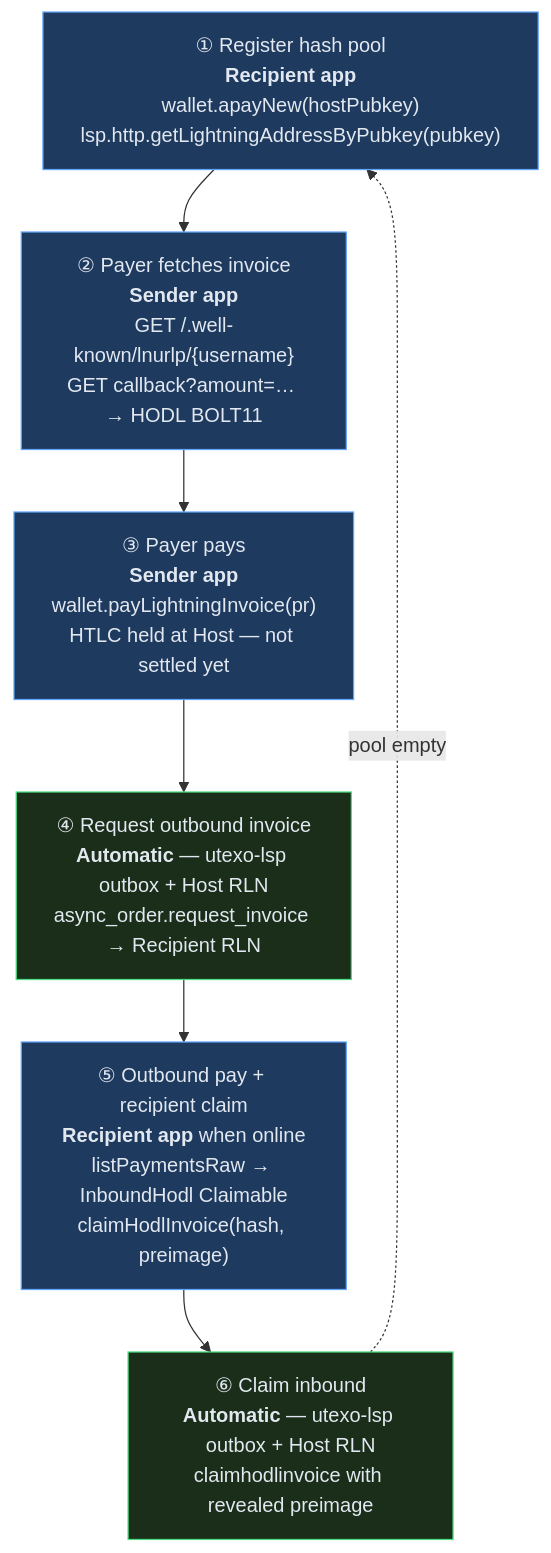
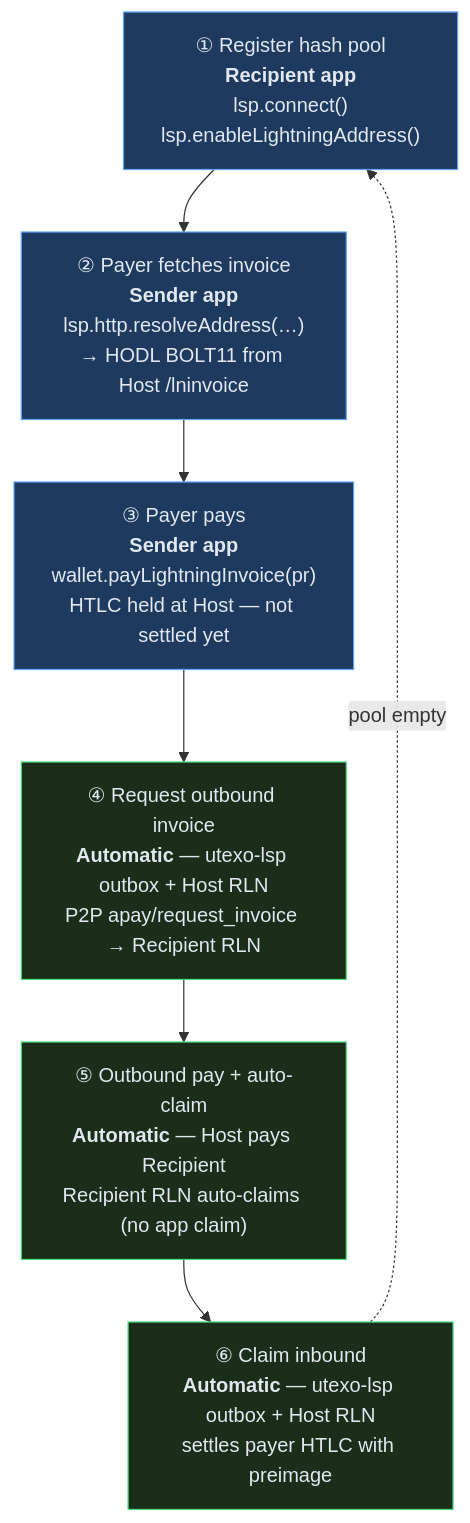
Before and after one commit to UTEXO-Protocol/rgb-sdk-rn: the first of 2 diagrams in docs/async-payments.md, drawn with Mermaid. The commit also changed other lines of this file and 9 other files, not shown here.

Commit message:
feat: enable apay

````diff
--- a/docs/async-payments.md
+++ b/docs/async-payments.md
@@ -22,19 +26,19 @@
 ```mermaid
 flowchart TD
-  S1["① Register hash pool<br/><b>Recipient app</b><br/>wallet.apayNew(hostPubkey)<br/>lsp.http.getLightningAddressByPubkey(pubkey)"]
-  S2["② Payer fetches invoice<br/><b>Sender app</b><br/>GET /.well-known/lnurlp/{username}<br/>GET callback?amount=… → HODL BOLT11"]
+  S1["① Register hash pool<br/><b>Recipient app</b><br/>lsp.connect()<br/>lsp.enableLightningAddress()"]
+  S2["② Payer fetches invoice<br/><b>Sender app</b><br/>lsp.http.resolveAddress(…)<br/>→ HODL BOLT11 from Host /lninvoice"]
   S3["③ Payer pays<br/><b>Sender app</b><br/>wallet.payLightningInvoice(pr)<br/>HTLC held at Host — not settled yet"]
-  S4["④ Request outbound invoice<br/><b>Automatic</b> — utexo-lsp outbox + Host RLN<br/>async_order.request_invoice → Recipient RLN"]
-  S5["⑤ Outbound pay + recipient claim<br/><b>Recipient app</b> when online<br/>listPaymentsRaw → InboundHodl Claimable<br/>claimHodlInvoice(hash, preimage)"]
-  S6["⑥ Claim inbound<br/><b>Automatic</b> — utexo-lsp outbox + Host RLN<br/>claimhodlinvoice with revealed preimage"]
+  S4["④ Request outbound invoice<br/><b>Automatic</b> — utexo-lsp outbox + Host RLN<br/>P2P apay/request_invoice → Recipient RLN"]
+  S5["⑤ Outbound pay + auto-claim<br/><b>Automatic</b> — Host pays Recipient<br/>Recipient RLN auto-claims (no app claim)"]
+  S6["⑥ Claim inbound<br/><b>Automatic</b> — utexo-lsp outbox + Host RLN<br/>settles payer HTLC with preimage"]
 
   S1 --> S2 --> S3 --> S4 --> S5 --> S6
   S6 -.->|pool empty| S1
 
   style S1 fill:#1e3a5f,stroke:#60a5fa,color:#e2e8f0
   style S2 fill:#1e3a5f,stroke:#60a5fa,color:#e2e8f0
   style S3 fill:#1e3a5f,stroke:#60a5fa,color:#e2e8f0
-  style S5 fill:#1e3a5f,stroke:#60a5fa,color:#e2e8f0
   style S4 fill:#1a2e1a,stroke:#4ade80,color:#e2e8f0
+  style S5 fill:#1a2e1a,stroke:#4ade80,color:#e2e8f0
   style S6 fill:#1a2e1a,stroke:#4ade80,color:#e2e8f0
 ```
````
